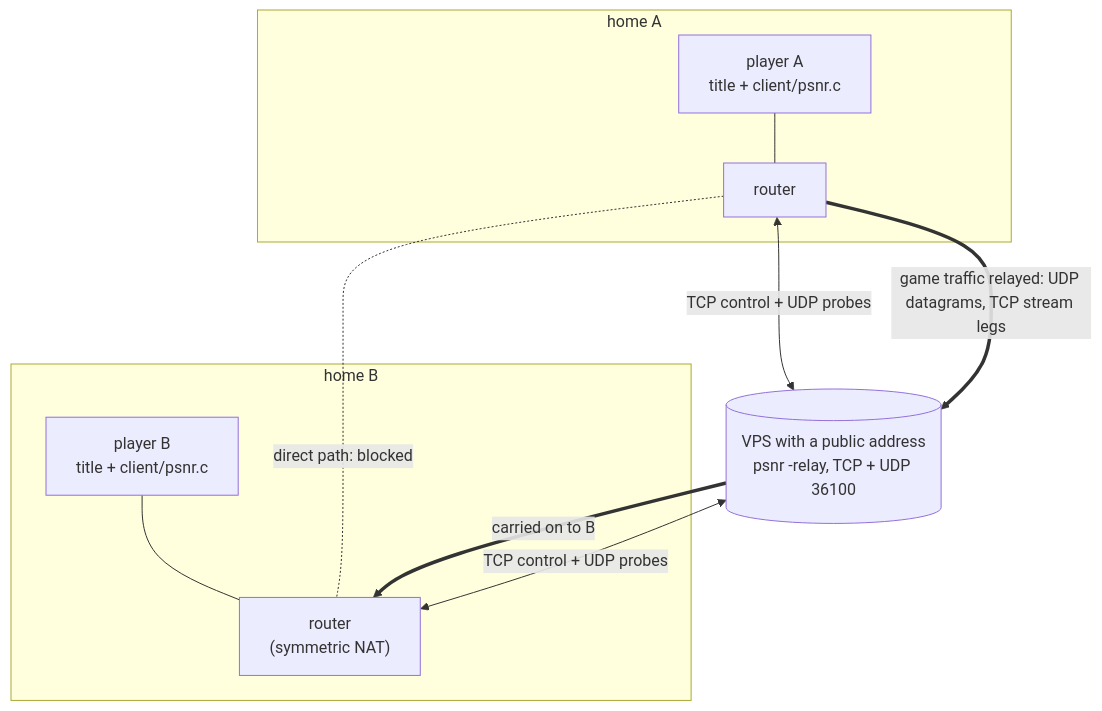
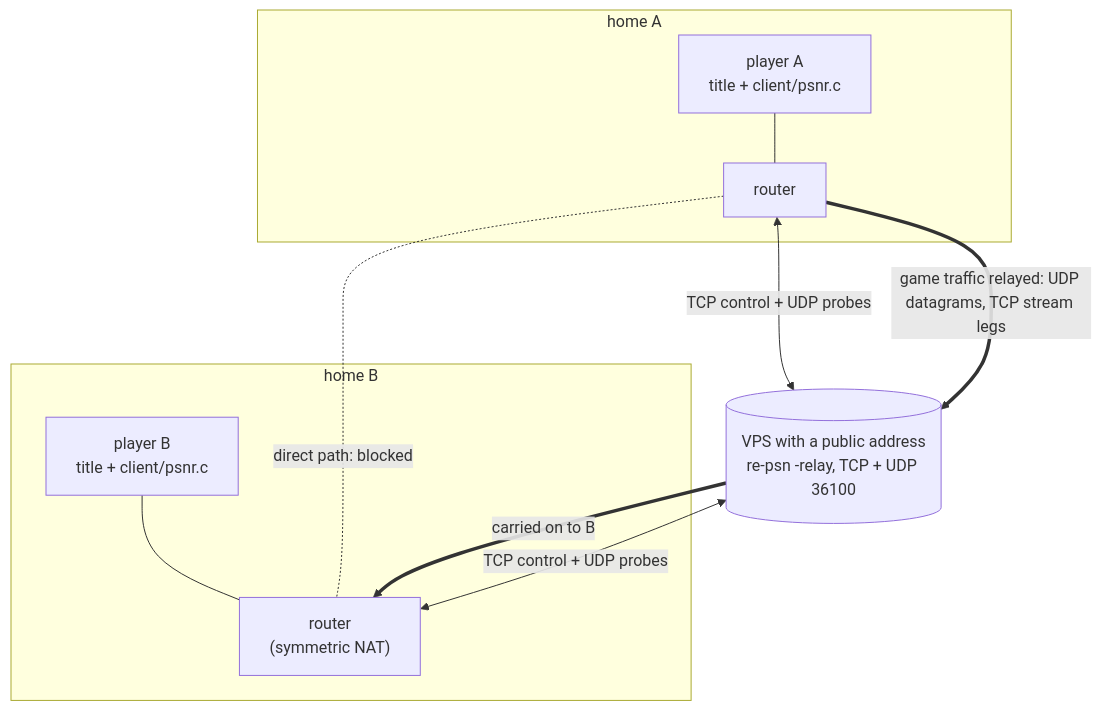
Before and after one commit to Tzeentchnet/re-psn: the third of 4 diagrams in docs/architecture.md, drawn with Mermaid. The commit also changed other lines of this file and 12 other files, not shown here.

First line of the commit message:
Convert the docs to Markdown, tidy their layout and add deploy and docker diagrams

````diff
--- a/docs/architecture.md
+++ b/docs/architecture.md
@@ -83,15 +97,15 @@
 ```mermaid
 flowchart TB
-  srv[("VPS with a public address<br/>psnr -relay, TCP + UDP 36100")]
+  srv[("VPS with a public address<br/>re-psn -relay, TCP + UDP 36100")]
   subgraph homeA["home A"]
     a["player A<br/>title + client/psnr.c"] --- ra["router"]
   end
   subgraph homeB["home B"]
     b["player B<br/>title + client/psnr.c"] --- rb["router<br/>(symmetric NAT)"]
   end
   ra <-- "TCP control + UDP probes" --> srv
   rb <-- "TCP control + UDP probes" --> srv
   ra -. "direct path: blocked" .- rb
   ra == "game traffic relayed: UDP datagrams, TCP stream legs" ==> srv
   srv == "carried on to B" ==> rb
 ```
````
